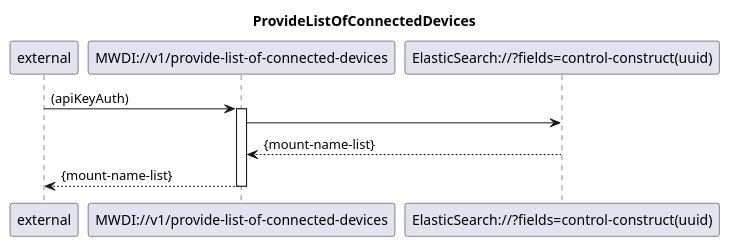
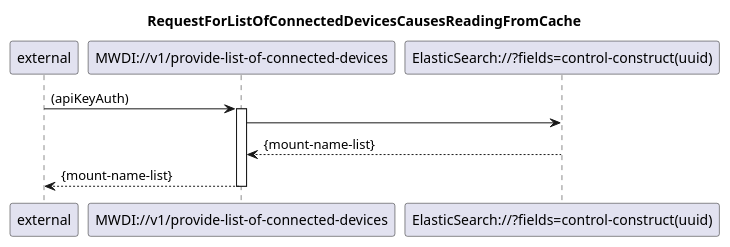
One commit to openBackhaul/MicroWaveDeviceInventory changed the diagram in spec/diagrams/100_ProvideListOfConnectedDevices.plantuml. Above: the diagram before and after it, drawn with PlantUML. The commit also changed 20 other files, not shown here.

Commit message:
Review diagrams, services, forwardings, oas

```diff
--- a/spec/diagrams/100_ProvideListOfConnectedDevices.plantuml
+++ b/spec/diagrams/100_ProvideListOfConnectedDevices.plantuml
@@ -1,19 +1,19 @@
 @startuml 100_ProvideListOfConnectedDevices
 skinparam responseMessageBelowArrow true
 
-title  ProvideListOfConnectedDevices
+title RequestForListOfConnectedDevicesCausesReadingFromCache
 
 participant "external" as requestor
 participant "MWDI://v1/provide-list-of-connected-devices" as provideListOfConnectedDevices
 participant "ElasticSearch://?fields=control-construct(uuid)" as ConnectedDeviceList
 
 requestor -> provideListOfConnectedDevices: (apiKeyAuth)
 activate provideListOfConnectedDevices
 
 provideListOfConnectedDevices -> ConnectedDeviceList
 ConnectedDeviceList --> provideListOfConnectedDevices: {mount-name-list}
 
 provideListOfConnectedDevices --> requestor: {mount-name-list}
 deactivate provideListOfConnectedDevices
 
 @enduml
```
